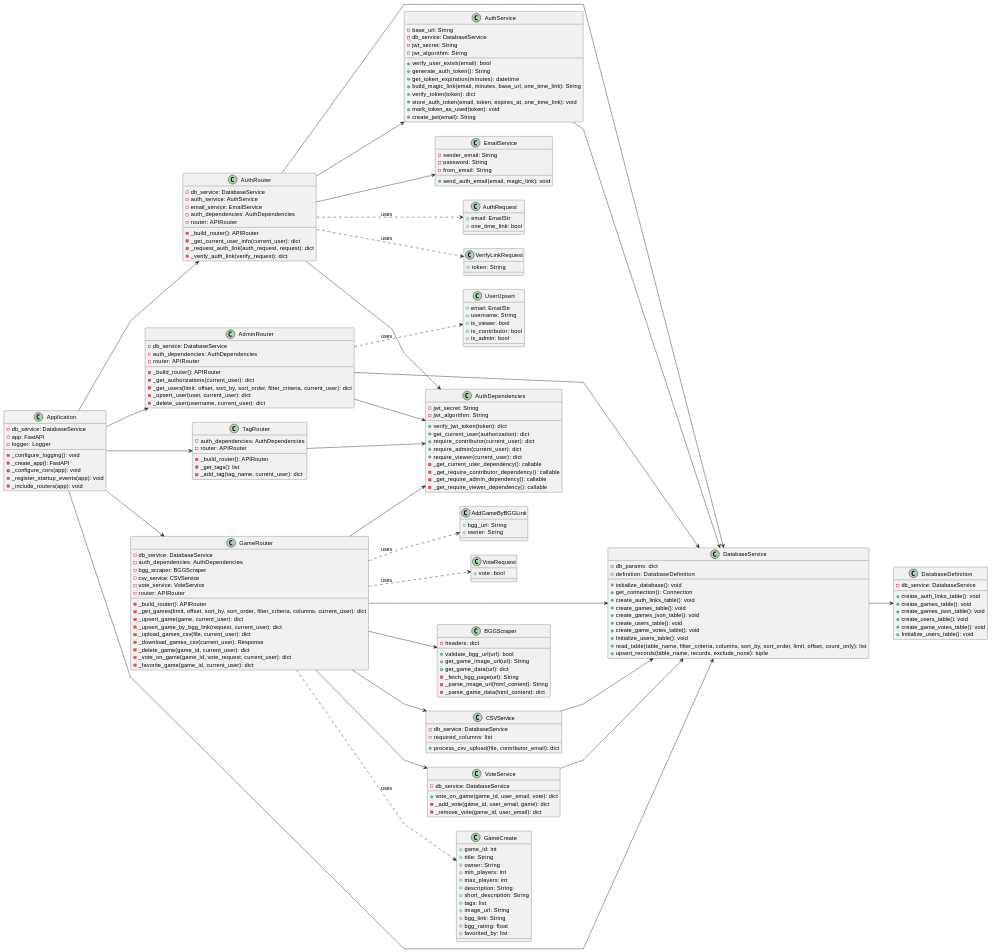
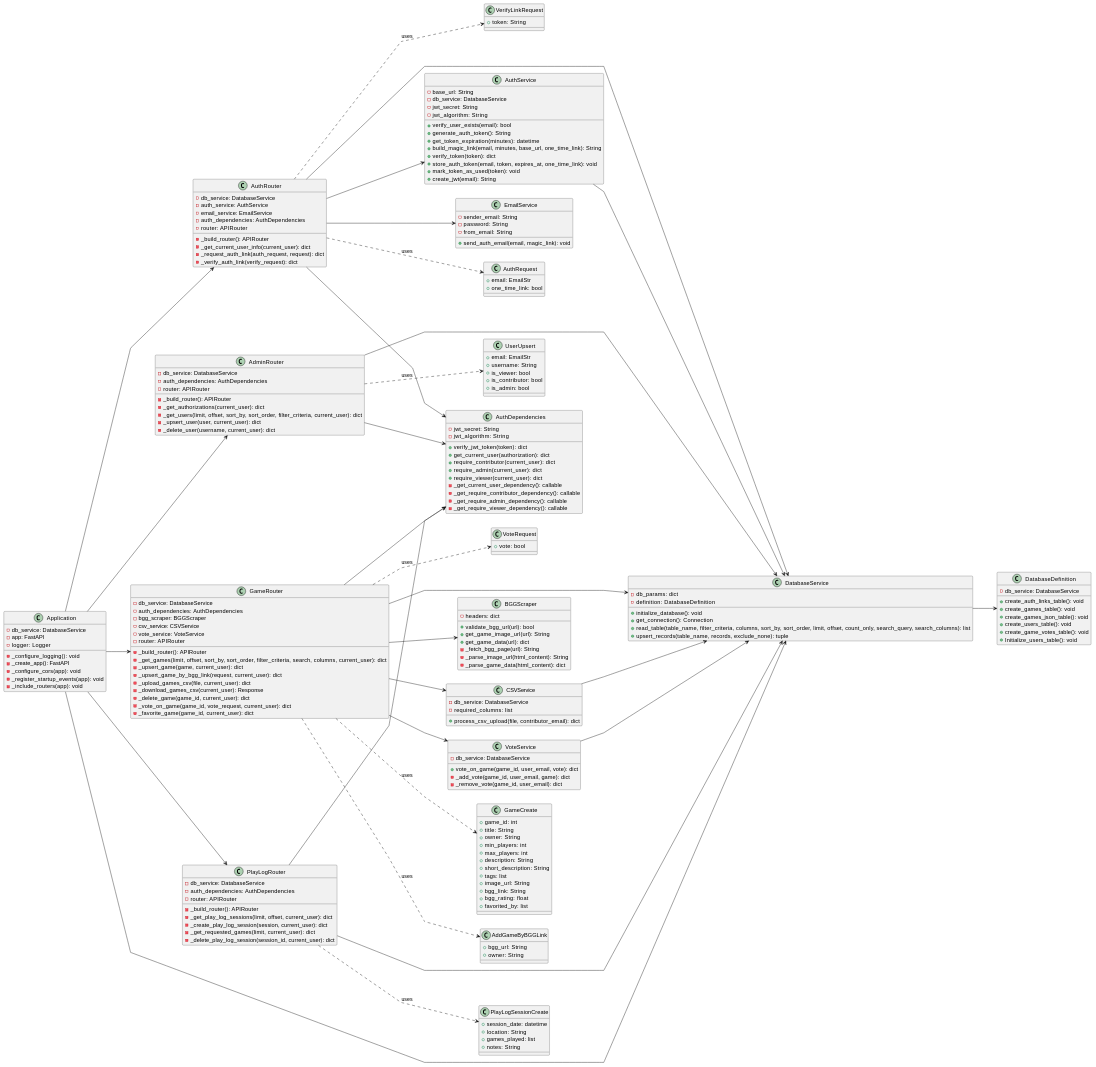
The fifth of 6 diagrams in Game Group Site.md (leshmark/gamegroup), drawn with PlantUML before and after one commit. The commit also changed other lines of this file and 8 other files, not shown here.

````diff
--- a/Game Group Site.md
+++ b/Game Group Site.md
@@ -464,7 +519,7 @@
         - vote_service: VoteService
         - router: APIRouter
         - _build_router(): APIRouter
-        - _get_games(limit, offset, sort_by, sort_order, filter_criteria, columns, current_user): dict
+        - _get_games(limit, offset, sort_by, sort_order, filter_criteria, search, columns, current_user): dict
         - _upsert_game(game, current_user): dict
         - _upsert_game_by_bgg_link(request, current_user): dict
         - _upload_games_csv(file, current_user): dict
@@ -474,12 +529,15 @@
         - _favorite_game(game_id, current_user): dict
     }
 
-    class TagRouter {
+    class PlayLogRouter {
+        - db_service: DatabaseService
         - auth_dependencies: AuthDependencies
         - router: APIRouter
         - _build_router(): APIRouter
-        - _get_tags(): list
-        - _add_tag(tag_name, current_user): dict
+        - _get_play_log_sessions(limit, offset, current_user): dict
+        - _create_play_log_session(session, current_user): dict
+        - _get_requested_games(limit, current_user): dict
+        - _delete_play_log_session(session_id, current_user): dict
     }
 ' }
 
@@ -489,13 +547,7 @@
         - definition: DatabaseDefinition
         + initialize_database(): void
         + get_connection(): Connection
-        + create_auth_links_table(): void
-        + create_games_table(): void
-        + create_games_json_table(): void
-        + create_users_table(): void
-        + create_game_votes_table(): void
-        + Initialize_users_table(): void
-        + read_table(table_name, filter_criteria, columns, sort_by, sort_order, limit, offset, count_only): list
+        + read_table(table_name, filter_criteria, columns, sort_by, sort_order, limit, offset, count_only, search_query, search_columns): list
         + upsert_records(table_name, records, exclude_none): tuple
     }
 
@@ -610,13 +662,20 @@
     class VoteRequest {
         + vote: bool
     }
+
+    class PlayLogSessionCreate {
+        + session_date: datetime
+        + location: String
+        + games_played: list
+        + notes: String
+    }
 ' }
 
 /' Relationships '/
 Application --> AuthRouter
 Application --> AdminRouter
 Application --> GameRouter
-Application --> TagRouter
+Application --> PlayLogRouter
 Application --> DatabaseService
 AuthRouter --> DatabaseService
 AuthRouter --> AuthService
@@ -629,7 +688,8 @@
 GameRouter --> BGGScraper
 GameRouter --> CSVService
 GameRouter --> VoteService
-TagRouter --> AuthDependencies
+PlayLogRouter --> DatabaseService
+PlayLogRouter --> AuthDependencies
 AuthService --> DatabaseService
 CSVService --> DatabaseService
 VoteService --> DatabaseService
@@ -640,5 +700,6 @@
 GameRouter ..> GameCreate : uses
 GameRouter ..> AddGameByBGGLink : uses
 GameRouter ..> VoteRequest : uses
+PlayLogRouter ..> PlayLogSessionCreate : uses
 @enduml
 ```
````
